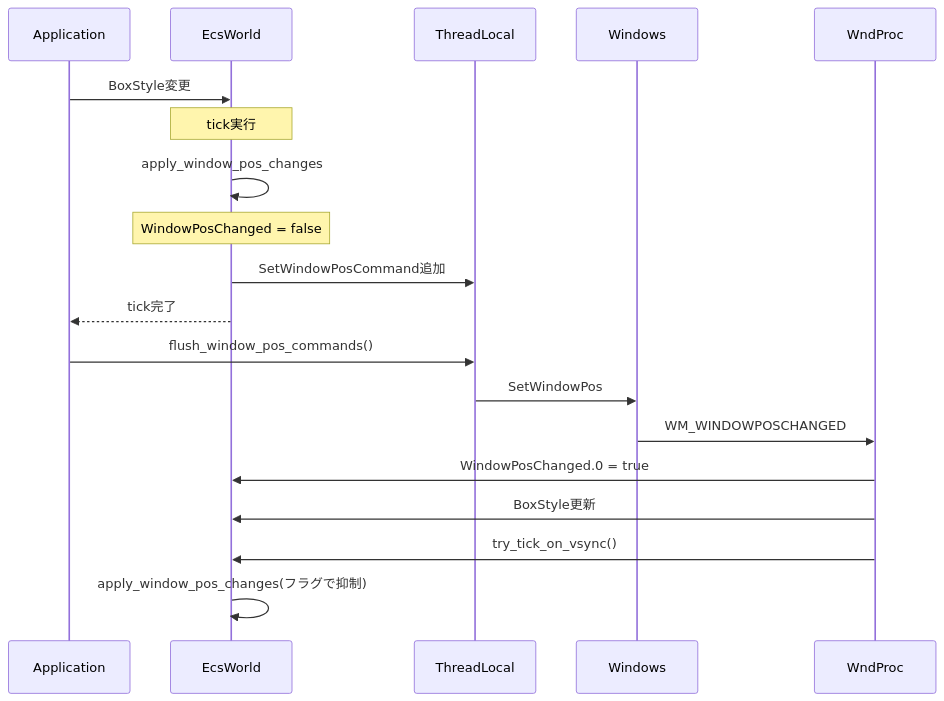
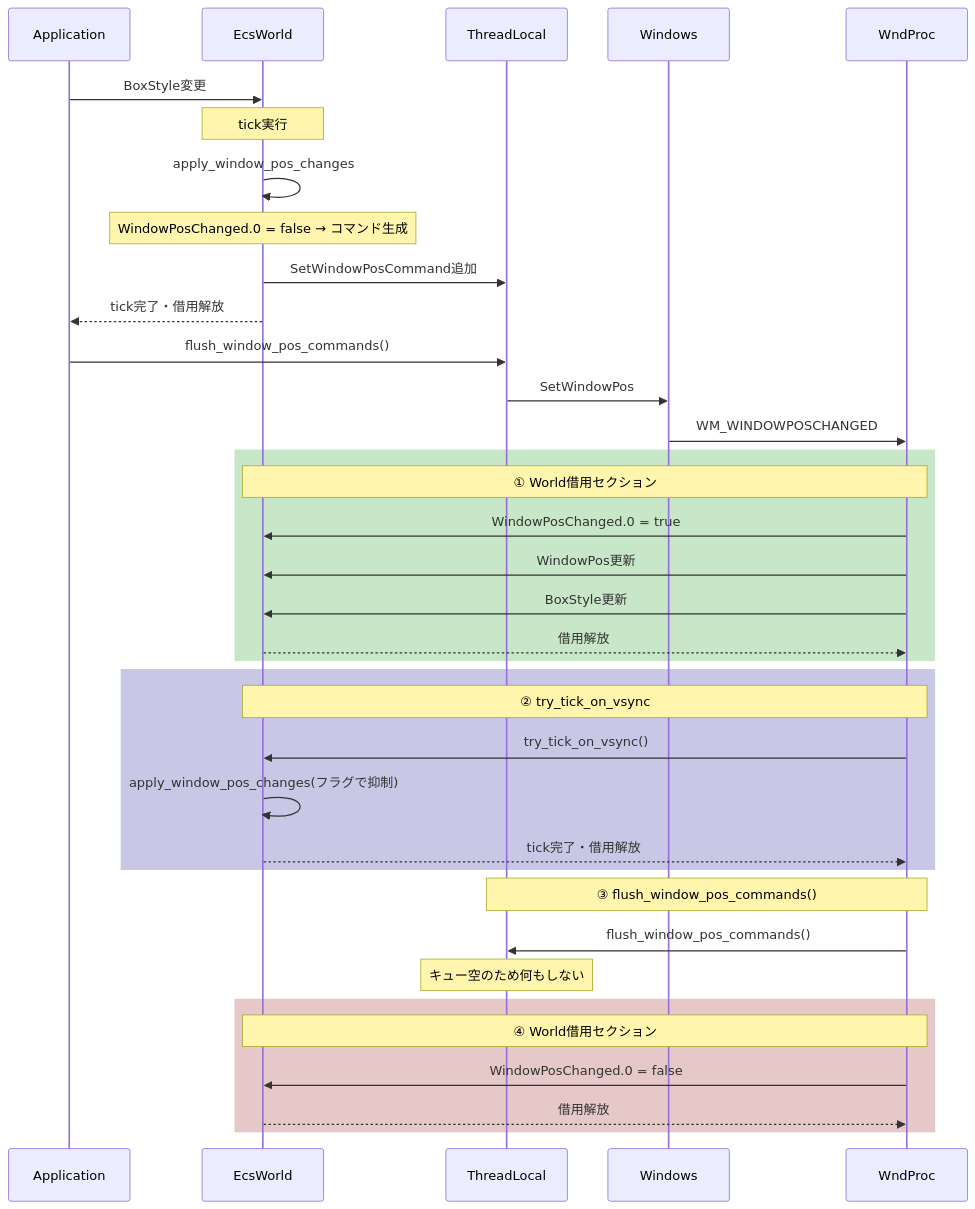
One commit to ekicyou/dcomp_sample-rs changed the third of 3 diagrams in .kiro/specs/multimonitor-resize-flicker/design.md. Above: the diagram before and after it, drawn with Mermaid. The commit also changed other lines of this file and 1 other file, not shown here.

````diff
--- a/.kiro/specs/multimonitor-resize-flicker/design.md
+++ b/.kiro/specs/multimonitor-resize-flicker/design.md
@@ -129,22 +159,44 @@
 ```mermaid
 sequenceDiagram
     participant App as Application
     participant ECS as EcsWorld
     participant TL as ThreadLocal
     participant W as Windows
     participant WP as WndProc
     
     App->>ECS: BoxStyle変更
     Note over ECS: tick実行
     ECS->>ECS: apply_window_pos_changes
-    Note over ECS: WindowPosChanged = false
+    Note over ECS: WindowPosChanged.0 = false → コマンド生成
     ECS->>TL: SetWindowPosCommand追加
-    ECS-->>App: tick完了
+    ECS-->>App: tick完了・借用解放
+    
     App->>TL: flush_window_pos_commands()
     TL->>W: SetWindowPos
     W->>WP: WM_WINDOWPOSCHANGED
-    WP->>ECS: WindowPosChanged.0 = true
-    WP->>ECS: BoxStyle更新
-    WP->>ECS: try_tick_on_vsync()
-    ECS->>ECS: apply_window_pos_changes(フラグで抑制)
+    
+    rect rgb(200, 230, 200)
+        Note over WP,ECS: ① World借用セクション
+        WP->>ECS: WindowPosChanged.0 = true
+        WP->>ECS: WindowPos更新
+        WP->>ECS: BoxStyle更新
+        ECS-->>WP: 借用解放
+    end
+    
+    rect rgb(200, 200, 230)
+        Note over WP,ECS: ② try_tick_on_vsync
+        WP->>ECS: try_tick_on_vsync()
+        ECS->>ECS: apply_window_pos_changes(フラグで抑制)
+        ECS-->>WP: tick完了・借用解放
+    end
+    
+    Note over WP,TL: ③ flush_window_pos_commands()
+    WP->>TL: flush_window_pos_commands()
+    Note over TL: キュー空のため何もしない
+    
+    rect rgb(230, 200, 200)
+        Note over WP,ECS: ④ World借用セクション
+        WP->>ECS: WindowPosChanged.0 = false
+        ECS-->>WP: 借用解放
+    end
 ```
````
